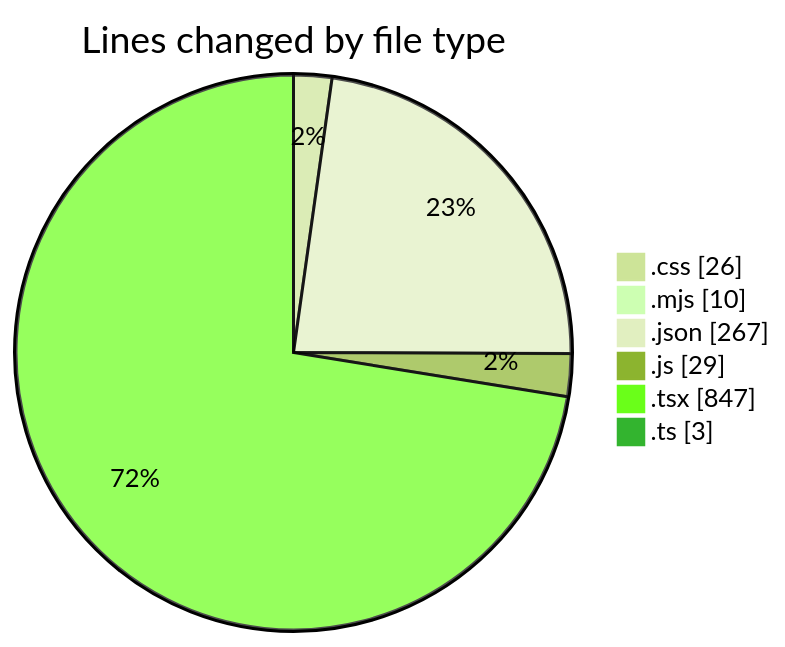
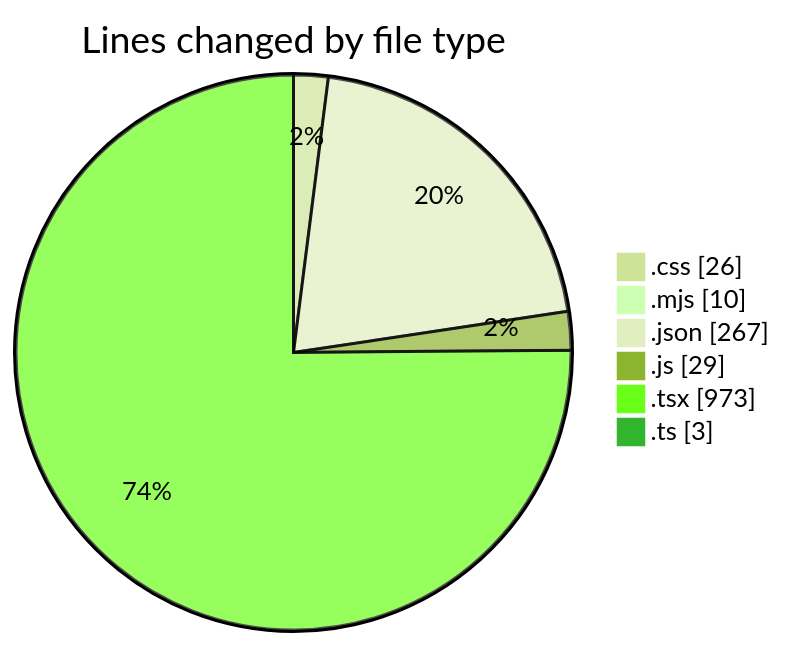
The first of 2 diagrams in 2025-06-23/scopecraft/README.md (Ritupan-Deka/code-tracking), drawn with Mermaid (forest theme) before and after one commit. The commit also changed other lines of this file and 1 other file, not shown here.

````diff
--- a/2025-06-23/scopecraft/README.md
+++ b/2025-06-23/scopecraft/README.md
@@ -38,10 +40,10 @@
 ```mermaid
 pie showData
 title Lines changed by file type
 ".css" : 26
 ".mjs" : 10
 ".json" : 267
 ".js" : 29
-".tsx" : 847
+".tsx" : 973
 ".ts" : 3
 ```
````
